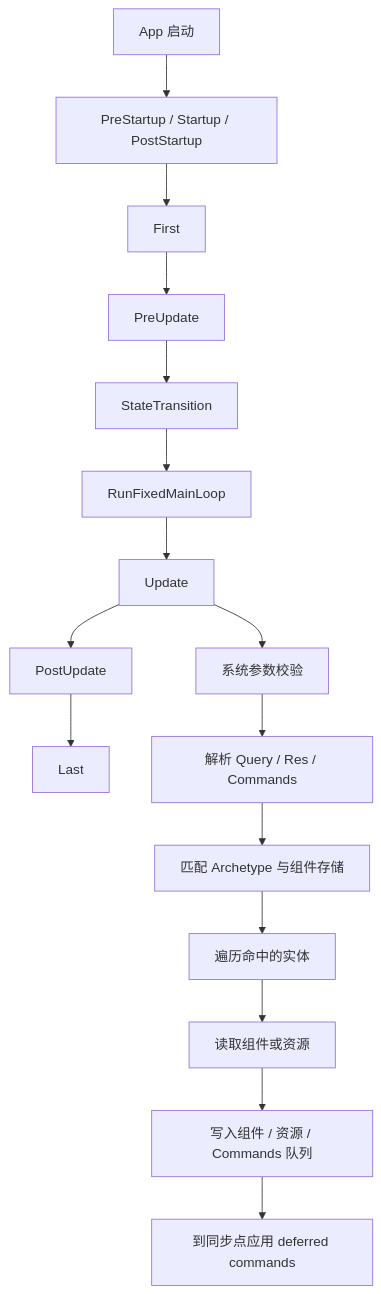
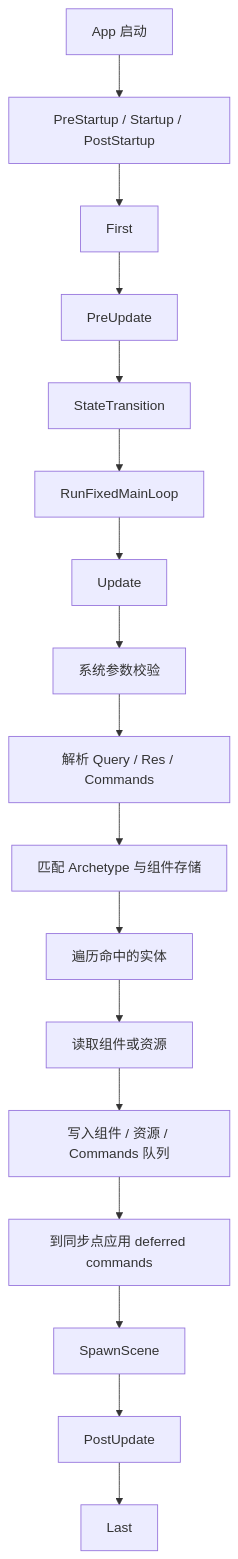
Before and after one commit to slc90/bevy_learn: the first of 2 diagrams in bevy_book/src/ecs.md, drawn with Mermaid. The commit also changed 9 other files, not shown here.

````diff
--- a/bevy_book/src/ecs.md
+++ b/bevy_book/src/ecs.md
@@ -599,19 +599,19 @@
 ```mermaid
 flowchart TD
     A[App 启动] --> B[PreStartup / Startup / PostStartup]
     B --> C[First]
     C --> D[PreUpdate]
     D --> E[StateTransition]
     E --> F[RunFixedMainLoop]
     F --> G[Update]
-    G --> H[PostUpdate]
-    H --> I[Last]
-
     G --> J[系统参数校验]
     J --> K[解析 Query / Res / Commands]
     K --> L[匹配 Archetype 与组件存储]
     L --> M[遍历命中的实体]
     M --> N[读取组件或资源]
     N --> O[写入组件 / 资源 / Commands 队列]
     O --> P[到同步点应用 deferred commands]
+    P --> H[SpawnScene]
+    H --> I[PostUpdate]
+    I --> Q[Last]
 ```
````
